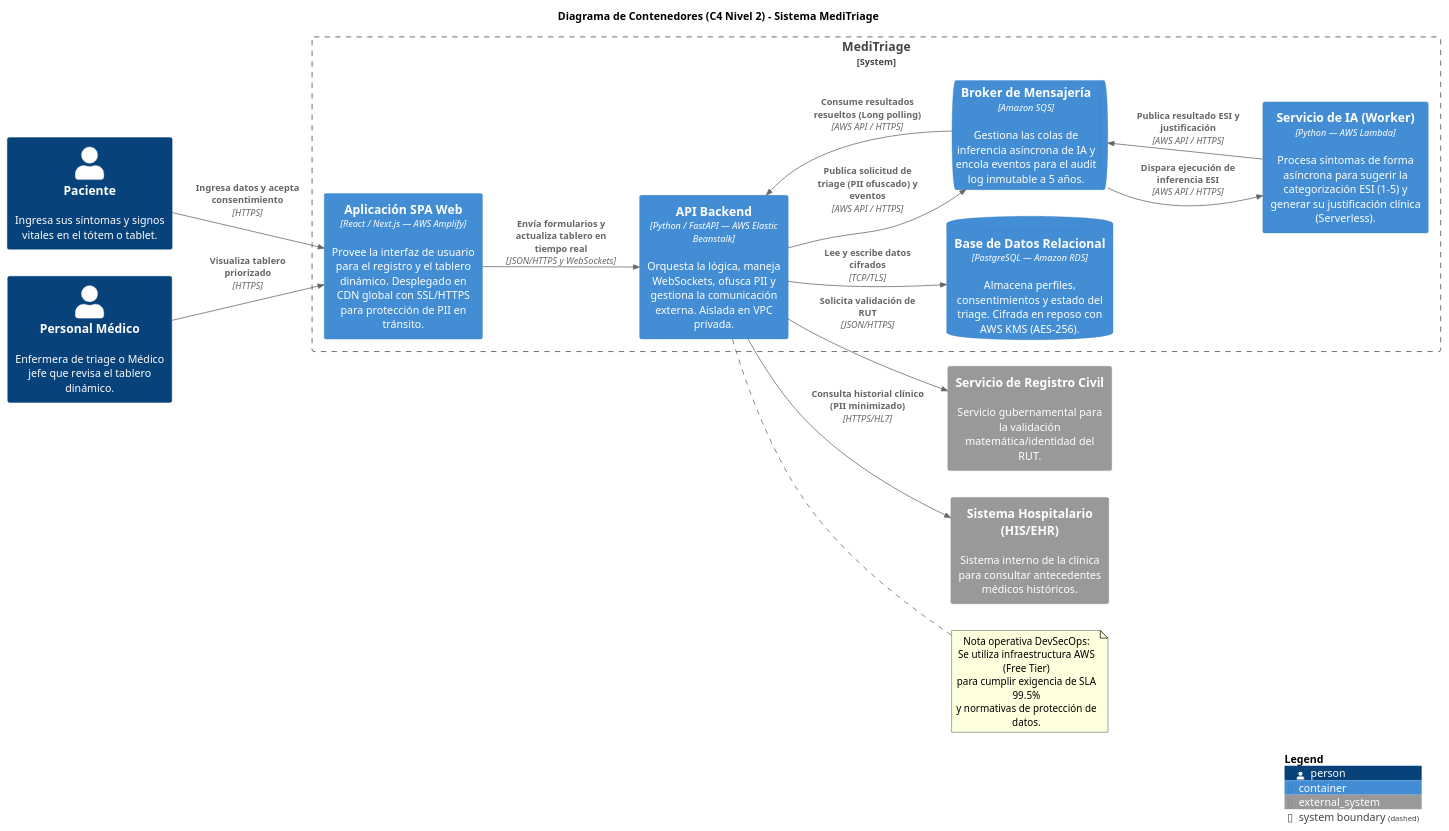
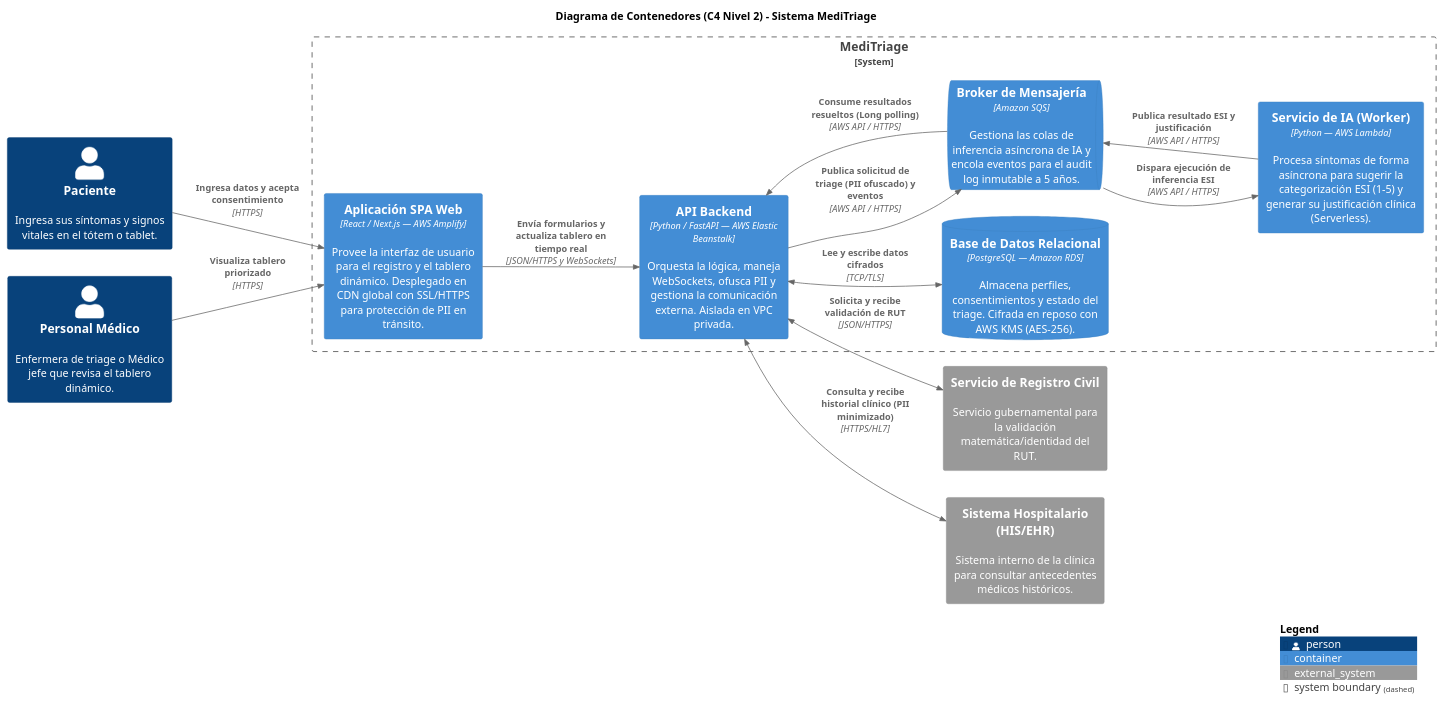
One commit to DrrFunky/equipo-ESSIA-meditriage changed the diagram in docs/c4/l2-container.puml. Above: the diagram before and after it, drawn with PlantUML.

```diff
--- a/docs/c4/l2-container.puml
+++ b/docs/c4/l2-container.puml
@@ -1,51 +1,47 @@
 @startuml C4_Elements
 !include https://raw.githubusercontent.com/plantuml-stdlib/C4-PlantUML/master/C4_Container.puml
 
 LAYOUT_LEFT_RIGHT()
 
 title Diagrama de Contenedores (C4 Nivel 2) - Sistema MediTriage
 ' Actualizado en ADR 0003: tecnologías genéricas reemplazadas por servicios managed de AWS
 
 Person(paciente, "Paciente", "Ingresa sus síntomas y signos vitales en el tótem o tablet.")
 Person(medico, "Personal Médico", "Enfermera de triage o Médico jefe que revisa el tablero dinámico.")
 
 System_Boundary(meditriage, "MediTriage") {
     
     Container(spa, "Aplicación SPA Web", "React / Next.js — AWS Amplify", "Provee la interfaz de usuario para el registro y el tablero dinámico. Desplegado en CDN global con SSL/HTTPS para protección de PII en tránsito.")
     
     Container(api, "API Backend", "Python / FastAPI — AWS Elastic Beanstalk", "Orquesta la lógica, maneja WebSockets, ofusca PII y gestiona la comunicación externa. Aislada en VPC privada.")
     
     Container(worker_ia, "Servicio de IA (Worker)", "Python — AWS Lambda", "Procesa síntomas de forma asíncrona para sugerir la categorización ESI (1-5) y generar su justificación clínica (Serverless).")
     
     ContainerDb(db, "Base de Datos Relacional", "PostgreSQL — Amazon RDS", "Almacena perfiles, consentimientos y estado del triage. Cifrada en reposo con AWS KMS (AES-256).")
     
     ContainerQueue(broker, "Broker de Mensajería", "Amazon SQS", "Gestiona las colas de inferencia asíncrona de IA y encola eventos para el audit log inmutable a 5 años.")
 }
 
 System_Ext(registro_civil, "Servicio de Registro Civil", "Servicio gubernamental para la validación matemática/identidad del RUT.")
 System_Ext(his_ehr, "Sistema Hospitalario (HIS/EHR)", "Sistema interno de la clínica para consultar antecedentes médicos históricos.")
 
 Rel(paciente, spa, "Ingresa datos y acepta consentimiento", "HTTPS")
 Rel(medico, spa, "Visualiza tablero priorizado", "HTTPS")
 
 Rel(spa, api, "Envía formularios y actualiza tablero en tiempo real", "JSON/HTTPS y WebSockets", $tags="port:443")
-Rel(api, db, "Lee y escribe datos cifrados", "TCP/TLS", $tags="port:5432")
+
+' CORRECCIÓN: Se usa BiRel (Bidirectional Relation) para la flecha de vuelta
+BiRel(api, db, "Lee y escribe datos cifrados", "TCP/TLS", $tags="port:5432")
 
 ' AWS SQS se comunica mediante llamadas a la API vía HTTPS, no por AMQP
 Rel(api, broker, "Publica solicitud de triage (PII ofuscado) y eventos", "AWS API / HTTPS", $tags="port:443")
 Rel(broker, worker_ia, "Dispara ejecución de inferencia ESI", "AWS API / HTTPS", $tags="port:443")
 Rel(worker_ia, broker, "Publica resultado ESI y justificación", "AWS API / HTTPS", $tags="port:443")
 Rel(broker, api, "Consume resultados resueltos (Long polling)", "AWS API / HTTPS", $tags="port:443")
 
-Rel(api, registro_civil, "Solicita validación de RUT", "JSON/HTTPS")
-Rel(api, his_ehr, "Consulta historial clínico (PII minimizado)", "HTTPS/HL7")
-
-note right of api
-  Nota operativa DevSecOps:
-  Se utiliza infraestructura AWS (Free Tier)
-  para cumplir exigencia de SLA 99.5%
-  y normativas de protección de datos.
-end note
+' CORRECCIÓN: Se usa BiRel (Bidirectional Relation) para mostrar que la API recibe respuesta
+BiRel(api, registro_civil, "Solicita y recibe validación de RUT", "JSON/HTTPS")
+BiRel(api, his_ehr, "Consulta y recibe historial clínico (PII minimizado)", "HTTPS/HL7")
 
 SHOW_LEGEND()
 @enduml
```
